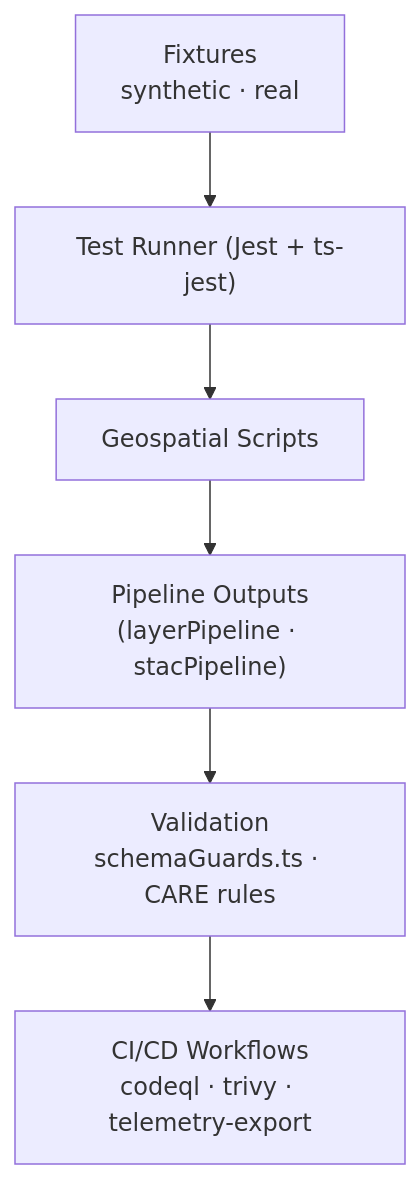
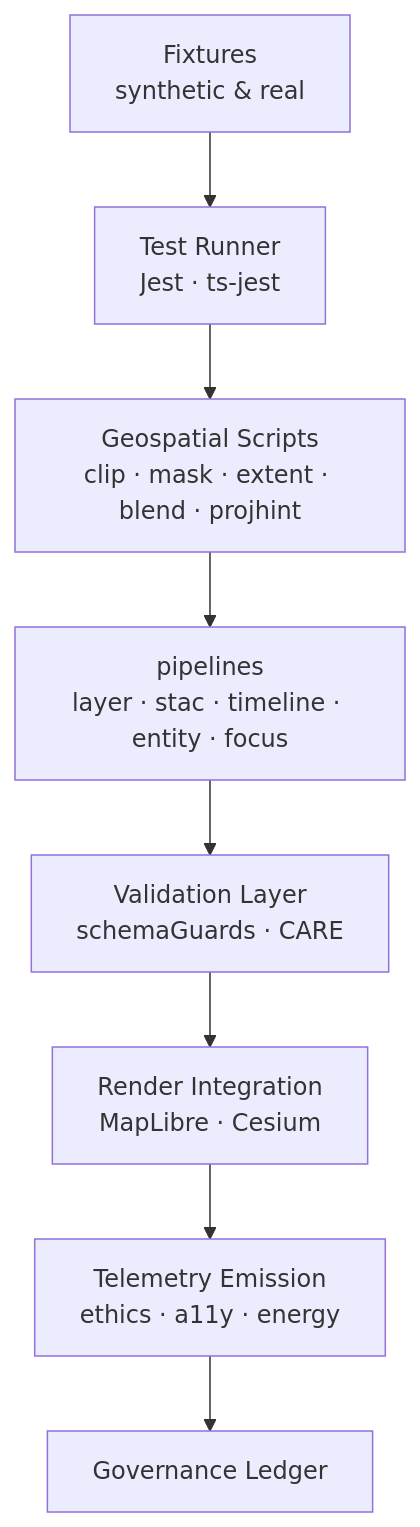
Before and after one commit to bartytime4life/Kansas-Frontier-Matrix: the first of 6 diagrams in web/src/pipelines/geospatial/tests/README.md, drawn with Mermaid. The commit also changed other lines of this file, not shown here.

````diff
--- a/web/src/pipelines/geospatial/tests/README.md
+++ b/web/src/pipelines/geospatial/tests/README.md
@@ -73,8 +90,10 @@
-~~~~~mermaid
+```mermaid
 flowchart TD
-  A["Fixtures<br/>synthetic · real"] --> B["Test Runner (Jest + ts-jest)"]
-  B --> C["Geospatial Scripts"]
-  C --> D["Pipeline Outputs<br/>(layerPipeline · stacPipeline)"]
-  D --> E["Validation<br/>schemaGuards.ts · CARE rules"]
-  E --> F["CI/CD Workflows<br/>codeql · trivy · telemetry-export"]
-~~~~~
+    FX[Fixtures<br/>synthetic & real] --> RUN[Test Runner<br/>Jest · ts-jest]
+    RUN --> SCRIPTS[Geospatial Scripts<br/>clip · mask · extent · blend · projhint]
+    SCRIPTS --> PIPE[pipelines<br/>layer · stac · timeline · entity · focus]
+    PIPE --> VALID[Validation Layer<br/>schemaGuards · CARE]
+    VALID --> UI[Render Integration<br/>MapLibre · Cesium]
+    UI --> TEL[Telemetry Emission<br/>ethics · a11y · energy]
+    TEL --> LEDGER[Governance Ledger]
+```
````
